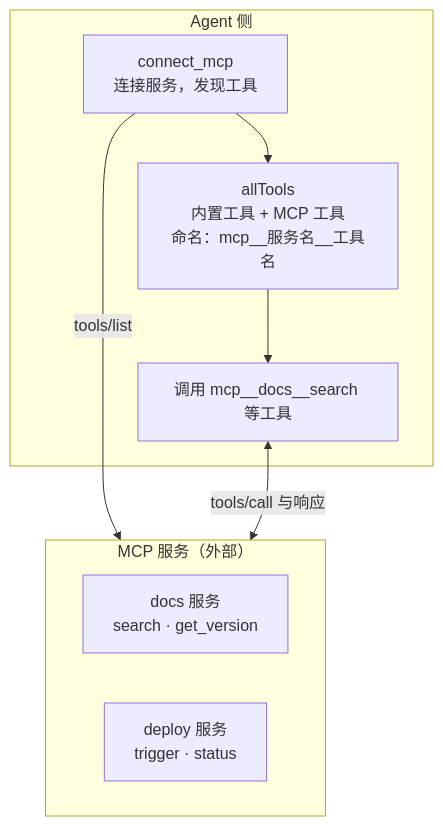
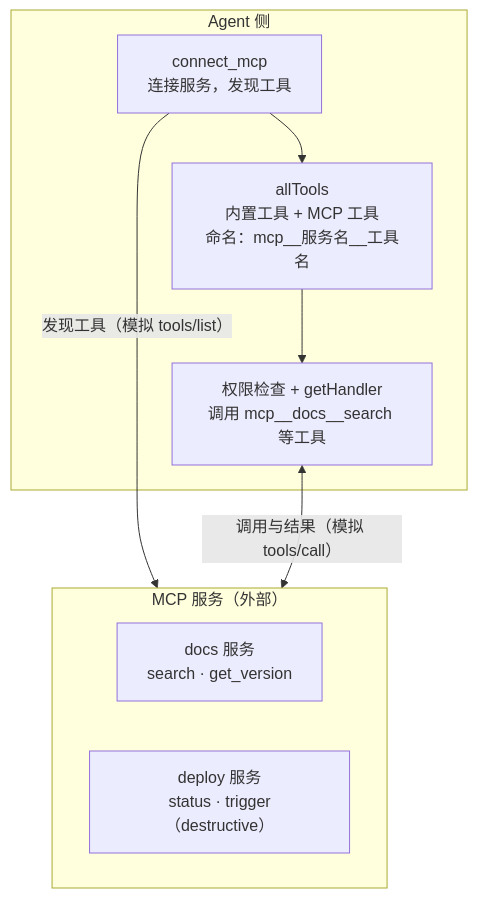
The diagram in code-agent-course/s17-mcp-plugin.md (shengxinjing/build-your-agent), drawn with Mermaid before and after one commit. The commit also changed other lines of this file and 10 other files, not shown here.

````diff
--- a/code-agent-course/s17-mcp-plugin.md
+++ b/code-agent-course/s17-mcp-plugin.md
@@ -17,13 +15,13 @@
 ```mermaid
 flowchart TD
   subgraph AGENT["Agent 侧"]
     CM["connect_mcp<br/>连接服务，发现工具"] --> POOL["allTools<br/>内置工具 + MCP 工具<br/>命名：mcp__服务名__工具名"]
-    POOL --> CALL["调用 mcp__docs__search 等工具"]
+    POOL --> CALL["权限检查 + getHandler<br/>调用 mcp__docs__search 等工具"]
   end
   subgraph SERVERS["MCP 服务（外部）"]
     D["docs 服务<br/>search · get_version"]
-    DP["deploy 服务<br/>trigger · status"]
+    DP["deploy 服务<br/>status · trigger（destructive）"]
   end
-  CM -->|tools/list| SERVERS
-  CALL <-->|tools/call 与响应| SERVERS
+  CM -->|发现工具（模拟 tools/list）| SERVERS
+  CALL <-->|调用与结果（模拟 tools/call）| SERVERS
 ```
````
